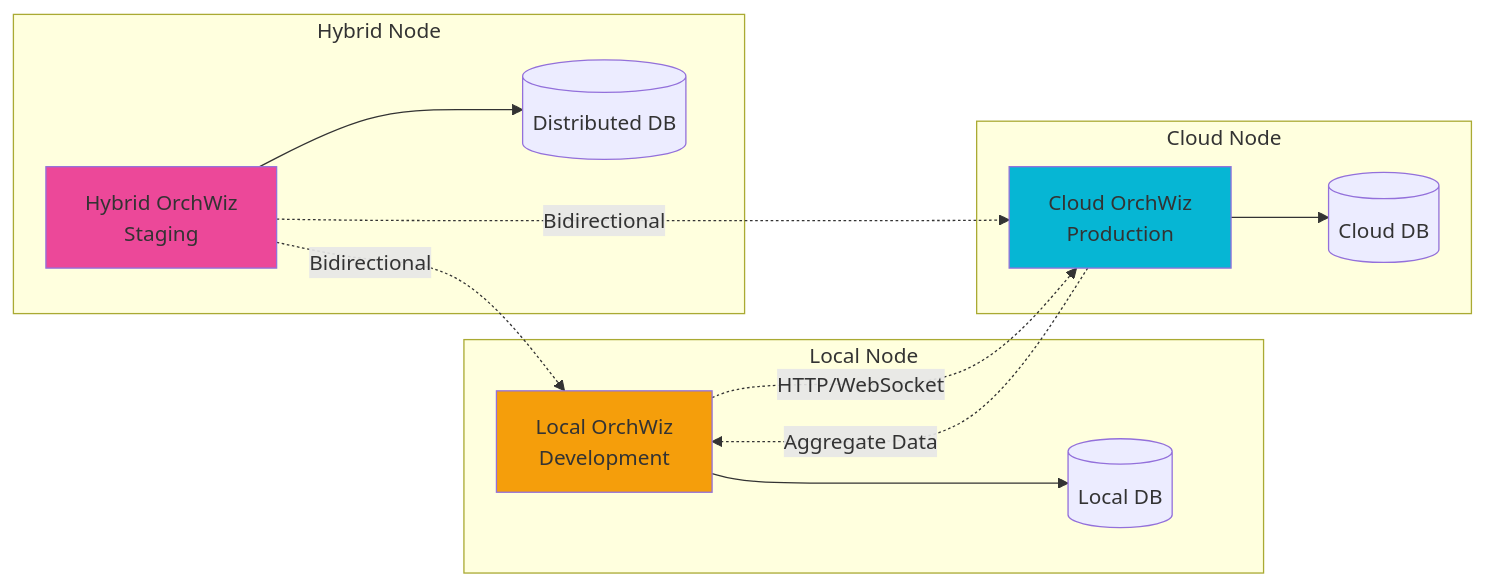
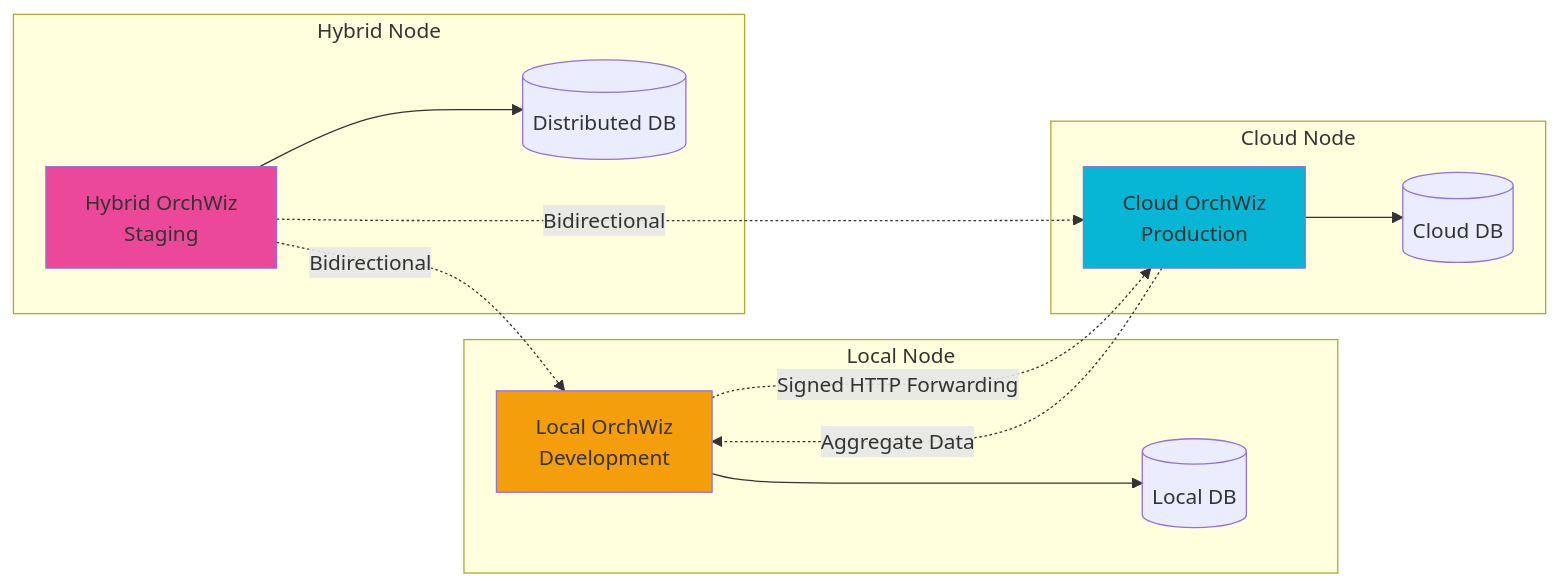
One commit to QSchlegel/OrchWiz changed the third of 3 diagrams in README.md. Above: the diagram before and after it, drawn with Mermaid. The commit also changed other lines of this file and 141 other files, not shown here.

````diff
--- a/README.md
+++ b/README.md
@@ -133,29 +133,29 @@
 ```mermaid
 graph LR
     subgraph "Local Node"
         LN[Local OrchWiz<br/>Development]
         LNDB[(Local DB)]
         LN --> LNDB
     end
     
     subgraph "Cloud Node"
         CN[Cloud OrchWiz<br/>Production]
         CNDB[(Cloud DB)]
         CN --> CNDB
     end
     
     subgraph "Hybrid Node"
         HN[Hybrid OrchWiz<br/>Staging]
         HNDB[(Distributed DB)]
         HN --> HNDB
     end
     
-    LN -.->|HTTP/WebSocket| CN
+    LN -.->|Signed HTTP Forwarding| CN
     CN -.->|Aggregate Data| LN
     HN -.->|Bidirectional| CN
     HN -.->|Bidirectional| LN
     
     style LN fill:#f59e0b
     style CN fill:#06b6d4
     style HN fill:#ec4899
 ```
````
